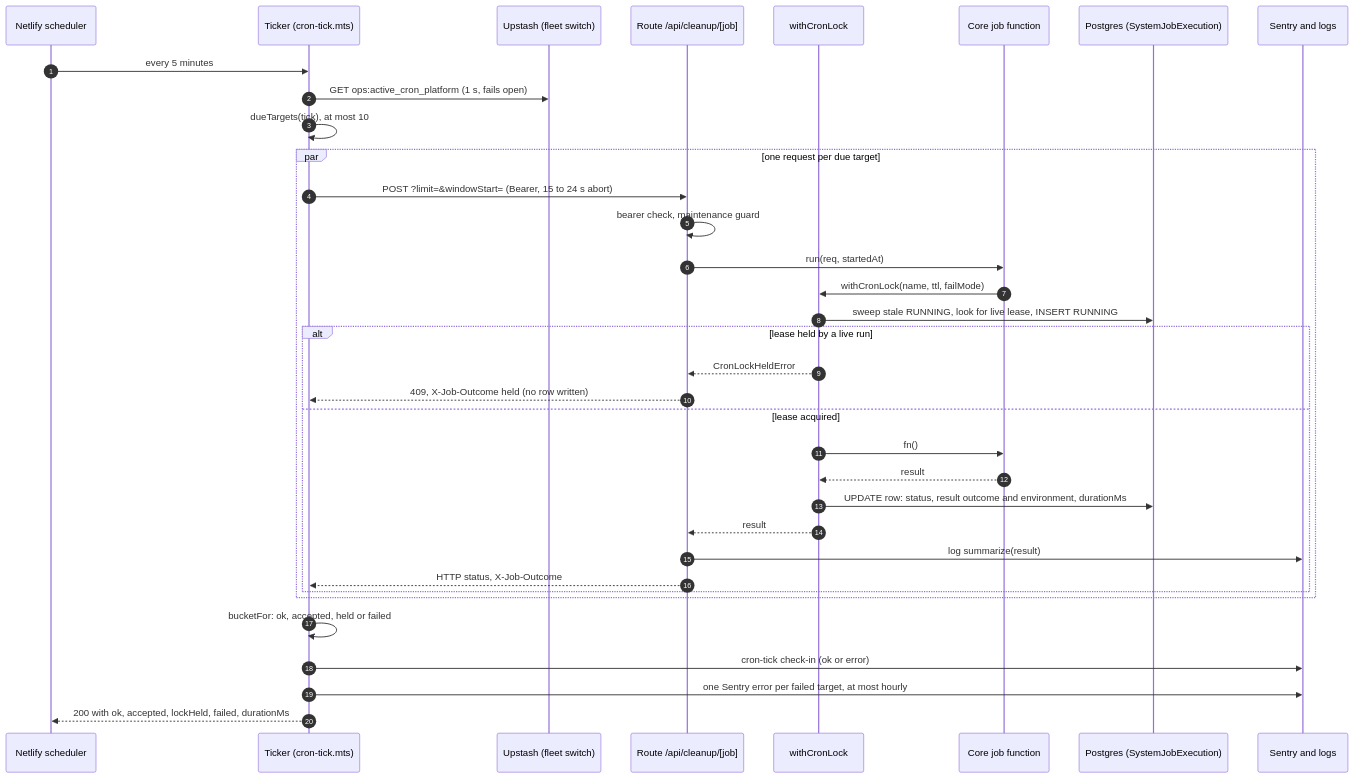
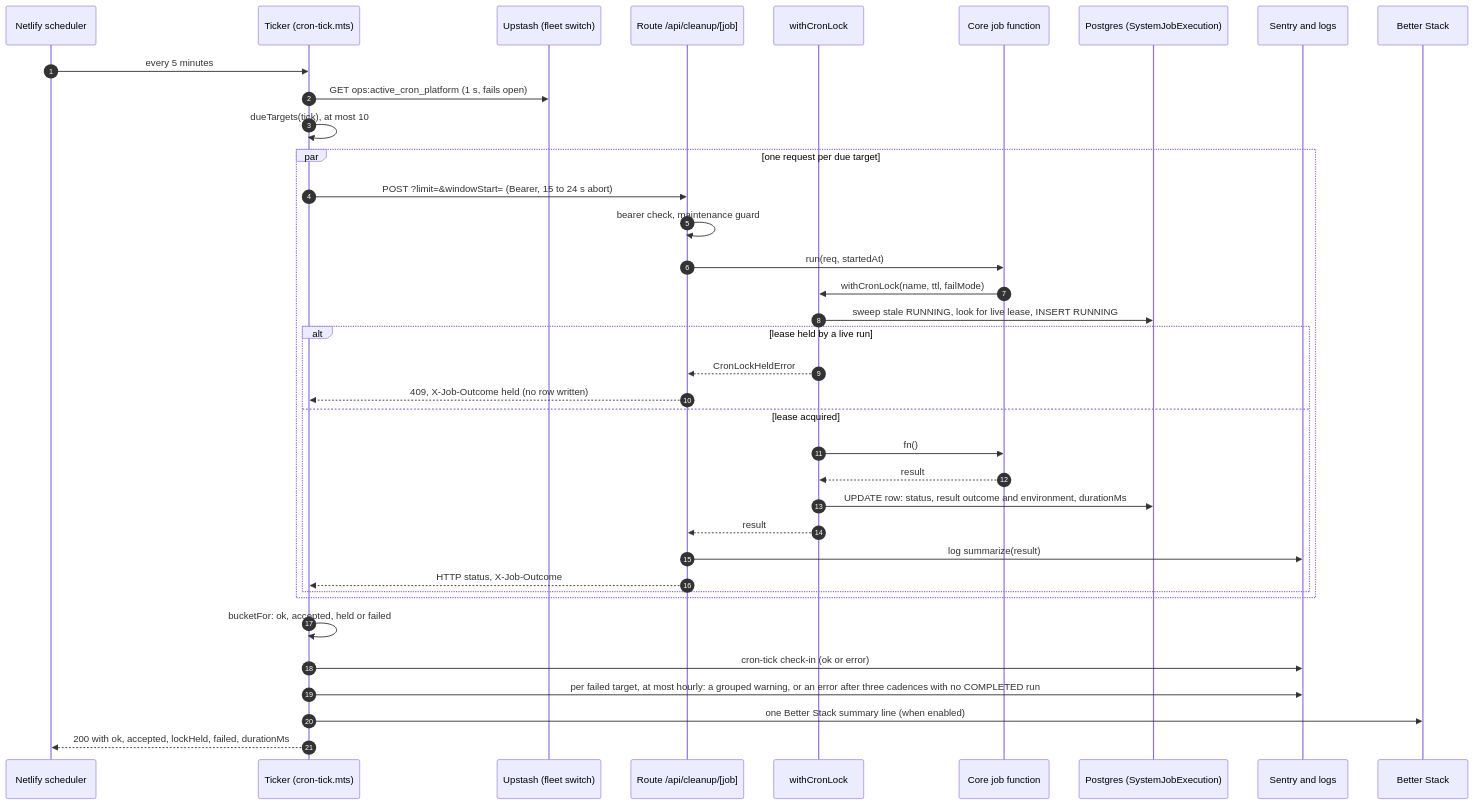
The diagram in docs/maintenance/11-job-machinery-catalog.md (Practitionist/familiarise_web), drawn with Mermaid before and after one commit. The commit also changed other lines of this file and 9 other files, not shown here.

````diff
--- a/docs/maintenance/11-job-machinery-catalog.md
+++ b/docs/maintenance/11-job-machinery-catalog.md
@@ -36,38 +36,40 @@
 ```mermaid
 sequenceDiagram
     autonumber
     participant N as Netlify scheduler
     participant T as Ticker (cron-tick.mts)
     participant U as Upstash (fleet switch)
     participant R as Route /api/cleanup/[job]
     participant L as withCronLock
     participant J as Core job function
     participant P as Postgres (SystemJobExecution)
     participant S as Sentry and logs
+    participant B as Better Stack
 
     N->>T: every 5 minutes
     T->>U: GET ops:active_cron_platform (1 s, fails open)
     T->>T: dueTargets(tick), at most 10
     par one request per due target
         T->>R: POST ?limit=&windowStart= (Bearer, 15 to 24 s abort)
         R->>R: bearer check, maintenance guard
         R->>J: run(req, startedAt)
         J->>L: withCronLock(name, ttl, failMode)
         L->>P: sweep stale RUNNING, look for live lease, INSERT RUNNING
         alt lease held by a live run
             L-->>R: CronLockHeldError
             R-->>T: 409, X-Job-Outcome held (no row written)
         else lease acquired
             L->>J: fn()
             J-->>L: result
             L->>P: UPDATE row: status, result outcome and environment, durationMs
             L-->>R: result
             R->>S: log summarize(result)
             R-->>T: HTTP status, X-Job-Outcome
         end
     end
     T->>T: bucketFor: ok, accepted, held or failed
     T->>S: cron-tick check-in (ok or error)
-    T->>S: one Sentry error per failed target, at most hourly
+    T->>S: per failed target, at most hourly: a grouped warning, or an error after three cadences with no COMPLETED run
+    T->>B: one Better Stack summary line (when enabled)
     T-->>N: 200 with ok, accepted, lockHeld, failed, durationMs
 ```
````
